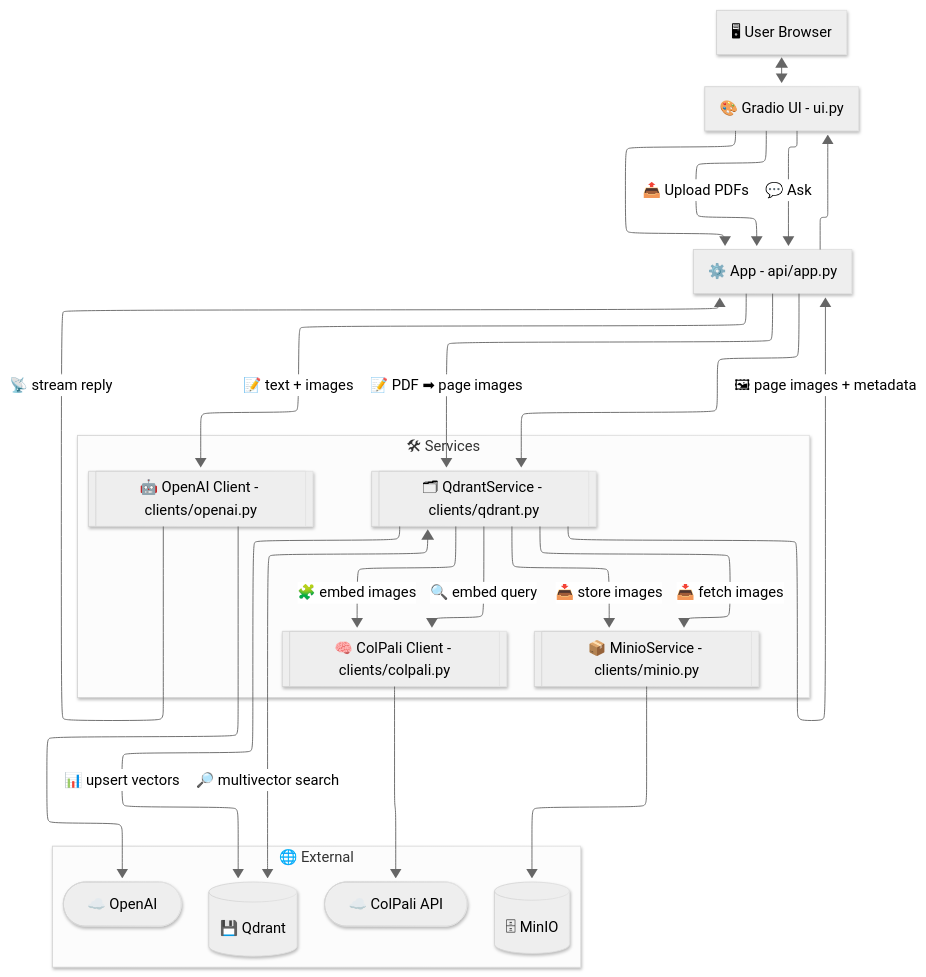
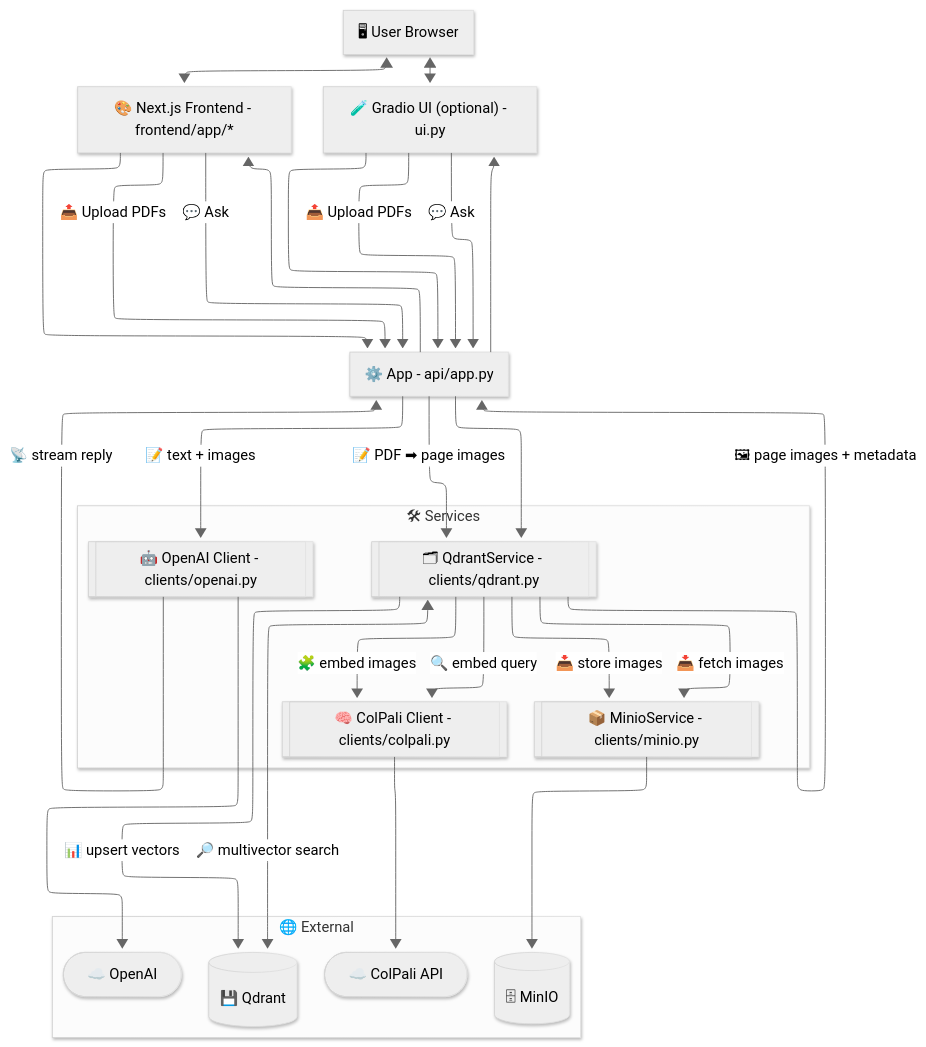
One commit to athrael-soju/Snappy changed the diagram in backend/docs/architecture.md. Above: the diagram before and after it, drawn with Mermaid. The commit also changed other lines of this file and 4 other files, not shown here.

Commit message:
docs: add architecture diagram and OpenAPI schema generator script

````diff
--- a/backend/docs/architecture.md
+++ b/backend/docs/architecture.md
@@ -5,39 +5,43 @@
 ```mermaid
 ---
 config:
   theme: neutral
   layout: elk
   look: neo
 ---
 flowchart TB
  subgraph Services["🛠 Services"]
         QS[["🗂 QdrantService - clients/qdrant.py"]]
         MINIO[["📦 MinioService - clients/minio.py"]]
         COL[["🧠 ColPali Client - clients/colpali.py"]]
         OAI[["🤖 OpenAI Client - clients/openai.py"]]
   end
  subgraph External["🌐 External"]
         QD[("💾 Qdrant")]
         MN[("🗄 MinIO")]
         CQ(["☁️ ColPali API"])
         OA(["☁️ OpenAI"])
   end
-    U["🖥 User Browser"] <--> UI["🎨 Gradio UI - ui.py"]
-    UI --> APP["⚙️ App - api/app.py"]
-    UI -- 📤 Upload PDFs --> APP
+    U["🖥 User Browser"] <--> NEXT["🎨 Next.js Frontend - frontend/app/*"]
+    U <--> GRAD["🧪 Gradio UI (optional) - ui.py"]
+    NEXT --> APP["⚙️ App - api/app.py"]
+    GRAD --> APP
+    NEXT -- 📤 Upload PDFs --> APP
+    GRAD -- 📤 Upload PDFs --> APP
     APP -- 📝 PDF ➡ page images --> QS
     QS -- 📥 store images --> MINIO
     MINIO --> MN
     QS -- 🧩 embed images --> COL
     COL --> CQ
     QS -- 📊 upsert vectors --> QD
-    UI -- 💬 Ask --> APP
-    APP --> QS & UI
+    NEXT -- 💬 Ask --> APP
+    GRAD -- 💬 Ask --> APP
+    APP --> QS & NEXT & GRAD
     QS -- 🔍 embed query --> COL
     QS <-- 🔎 multivector search --> QD
     QS -- 📥 fetch images --> MINIO
     QS -- 🖼 page images + metadata --> APP
     APP -- 📝 text + images --> OAI
     OAI --> OA
     OAI -- 📡 stream reply --> APP
 ```
````
